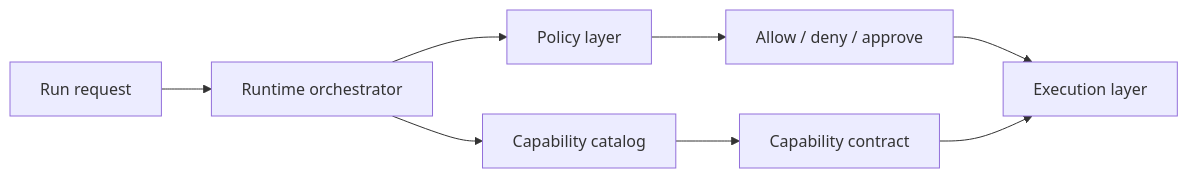
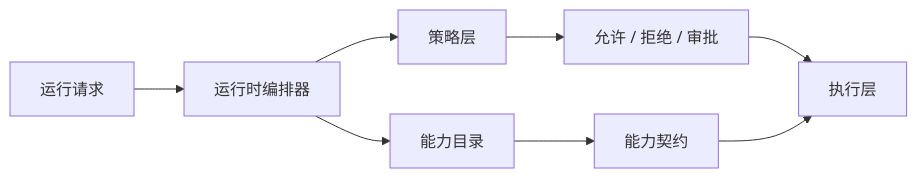
The diagram in docs/book/part-vii/chapter-17.zh.md (agent-axiom/agent-arch), drawn with Mermaid before and after one commit. The commit also changed other lines of this file, not shown here.

Commit message:
Polish Chinese chapter seventeen policy prose

````diff
--- a/docs/book/part-vii/chapter-17.zh.md
+++ b/docs/book/part-vii/chapter-17.zh.md
@@ -67,10 +67,10 @@
 ``` mermaid
 flowchart LR
-    A["Run request"] --> B["Runtime orchestrator"]
-    B --> C["Policy layer"]
-    B --> D["Capability catalog"]
-    C --> E["Allow / deny / approve"]
-    D --> F["Capability contract"]
-    E --> G["Execution layer"]
+    A["运行请求"] --> B["运行时编排器"]
+    B --> C["策略层"]
+    B --> D["能力目录"]
+    C --> E["允许 / 拒绝 / 审批"]
+    D --> F["能力契约"]
+    E --> G["执行层"]
     F --> G
 ```
````
